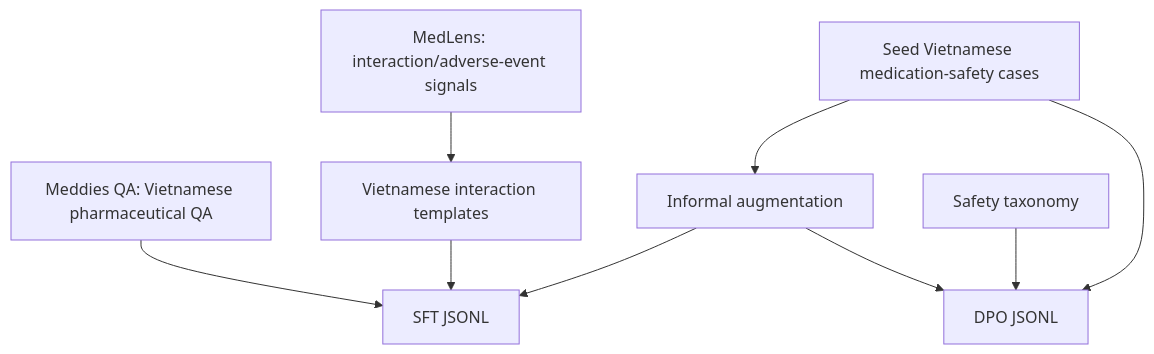
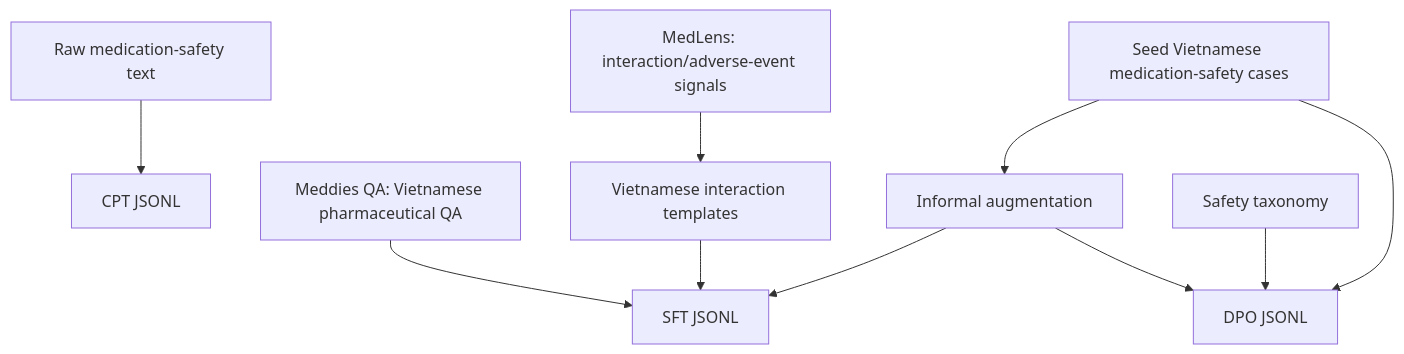
One commit to QuangVoAI/medical-llm-medication-safety-vi changed the first of 3 diagrams in docs/PIPELINE.md. Above: the diagram before and after it, drawn with Mermaid. The commit also changed other lines of this file and 6 other files, not shown here.

````diff
--- a/docs/PIPELINE.md
+++ b/docs/PIPELINE.md
@@ -7,11 +7,12 @@
 ```mermaid
 flowchart TD
+    R["Raw medication-safety text"] --> P["CPT JSONL"]
     A["Meddies QA: Vietnamese pharmaceutical QA"] --> D["SFT JSONL"]
     B["MedLens: interaction/adverse-event signals"] --> C["Vietnamese interaction templates"]
     C --> D
     E["Seed Vietnamese medication-safety cases"] --> F["Informal augmentation"]
     F --> D
     G["Safety taxonomy"] --> H["DPO JSONL"]
     E --> H
     F --> H
 ```
````
